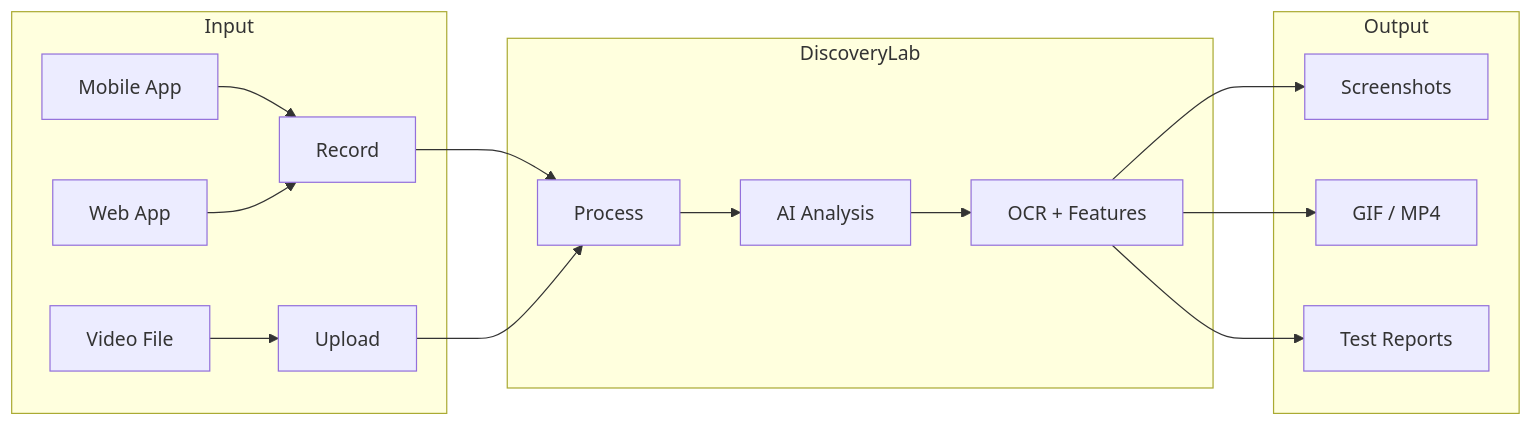
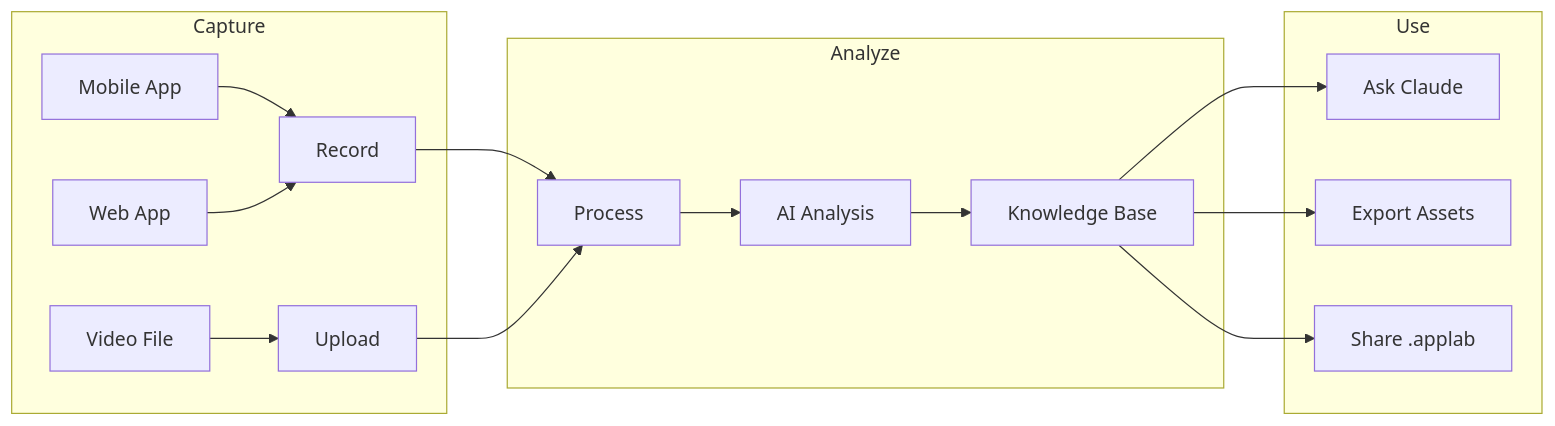
Before and after one commit to veolab/applab-discovery: the diagram in README.md, drawn with Mermaid. The commit also changed other lines of this file and 1 other file, not shown here.

Commit message:
docs: update README with Brain Mode, export, import, and Claude Desktop features

````diff
--- a/README.md
+++ b/README.md
@@ -21,21 +32,21 @@
 ```mermaid
 flowchart LR
-    subgraph Input
+    subgraph Capture
         A[Mobile App] --> R[Record]
         B[Web App] --> R
         C[Video File] --> U[Upload]
     end
 
-    subgraph DiscoveryLab
+    subgraph Analyze
         R --> P[Process]
         U --> P
         P --> AI[AI Analysis]
-        AI --> O[OCR + Features]
+        AI --> K[Knowledge Base]
     end
 
-    subgraph Output
-        O --> E1[Screenshots]
-        O --> E2[GIF / MP4]
-        O --> E3[Test Reports]
+    subgraph Use
+        K --> Q[Ask Claude]
+        K --> E[Export Assets]
+        K --> S[Share .applab]
     end
 ```
````
